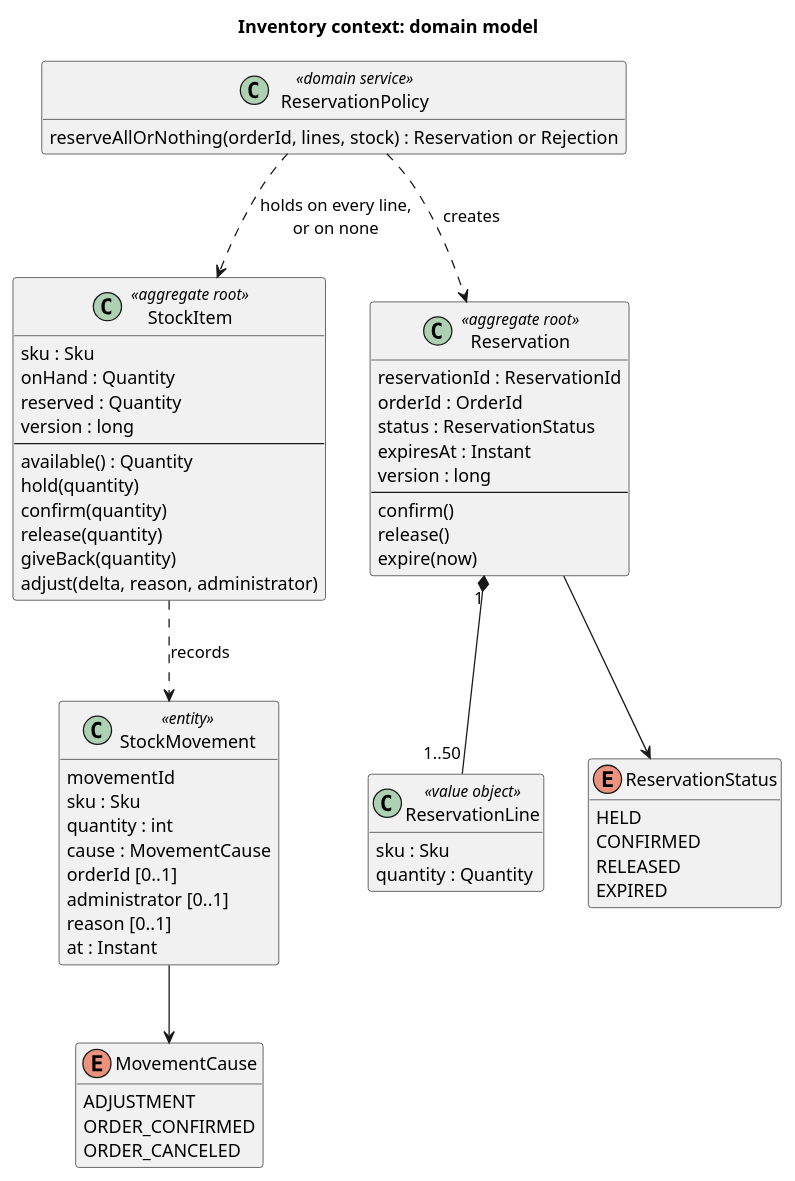
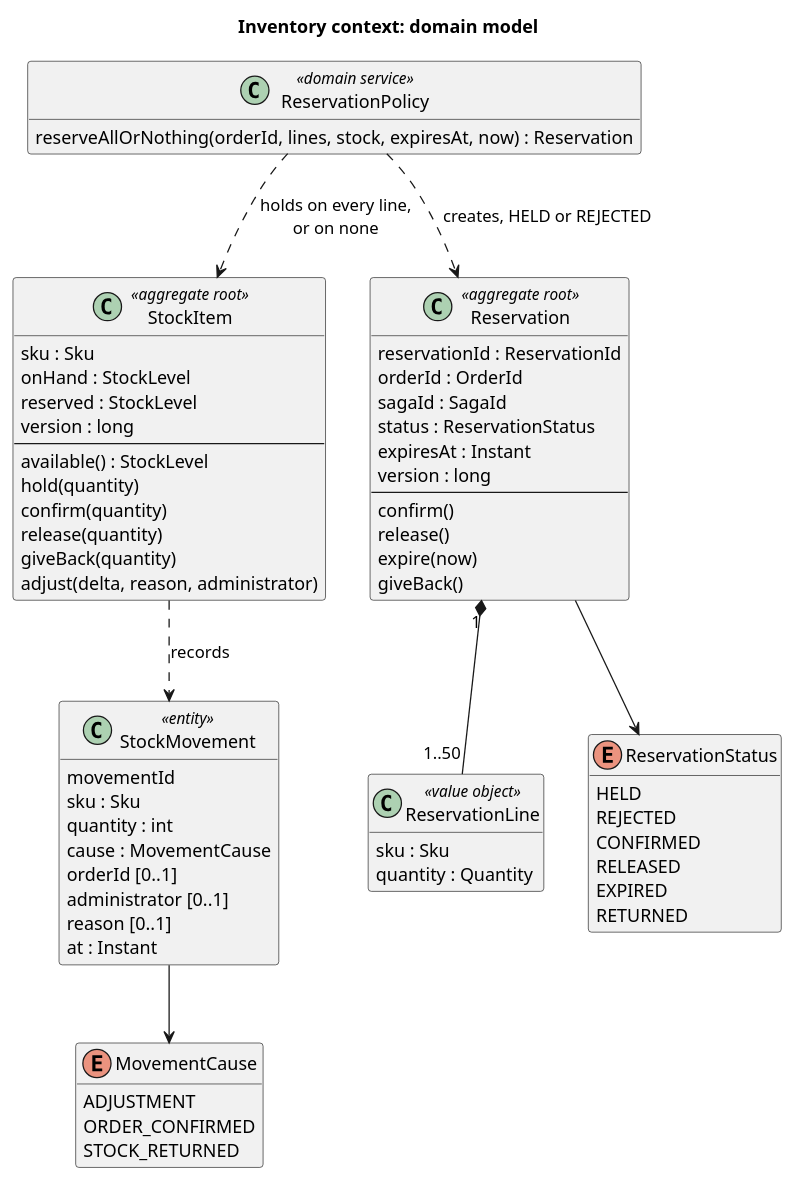
The diagram in doc/2-spec/02-domain-design/diagrams/class-inventory.puml (AxeloLabs/alten-commerce-platform), drawn with PlantUML before and after one commit. The commit also changed 40 other files, not shown here.

First line of the commit message:
doc · W42 — spec LOT 3 : corrections de la relecture indépendante — matrice complète état × événement des deux sagas, réponses du paiement et du stock par statut, 4 scénarios de saga et 5 scénarios Gherkin ajoutés, messagerie fiable précisée

```diff
--- a/doc/2-spec/02-domain-design/diagrams/class-inventory.puml
+++ b/doc/2-spec/02-domain-design/diagrams/class-inventory.puml
@@ -1,64 +1,68 @@
 @startuml
 title Inventory context: domain model
 hide empty members
 
 class StockItem <<aggregate root>> {
   sku : Sku
-  onHand : Quantity
-  reserved : Quantity
+  onHand : StockLevel
+  reserved : StockLevel
   version : long
   --
-  available() : Quantity
+  available() : StockLevel
   hold(quantity)
   confirm(quantity)
   release(quantity)
   giveBack(quantity)
   adjust(delta, reason, administrator)
 }
 class Reservation <<aggregate root>> {
   reservationId : ReservationId
   orderId : OrderId
+  sagaId : SagaId
   status : ReservationStatus
   expiresAt : Instant
   version : long
   --
   confirm()
   release()
   expire(now)
+  giveBack()
 }
 class ReservationLine <<value object>> {
   sku : Sku
   quantity : Quantity
 }
 enum ReservationStatus {
   HELD
+  REJECTED
   CONFIRMED
   RELEASED
   EXPIRED
+  RETURNED
 }
 class StockMovement <<entity>> {
   movementId
   sku : Sku
   quantity : int
   cause : MovementCause
   orderId [0..1]
   administrator [0..1]
   reason [0..1]
   at : Instant
 }
 enum MovementCause {
   ADJUSTMENT
   ORDER_CONFIRMED
-  ORDER_CANCELED
+  STOCK_RETURNED
 }
 class ReservationPolicy <<domain service>> {
-  reserveAllOrNothing(orderId, lines, stock) : Reservation or Rejection
+  reserveAllOrNothing(orderId, lines, stock, expiresAt, now) : Reservation
 }
 
 Reservation "1" *-- "1..50" ReservationLine
 Reservation --> ReservationStatus
 StockMovement --> MovementCause
 ReservationPolicy ..> StockItem : holds on every line,\nor on none
-ReservationPolicy ..> Reservation : creates
+ReservationPolicy ..> Reservation : creates, HELD or REJECTED
 StockItem ..> StockMovement : records
 @enduml
```
